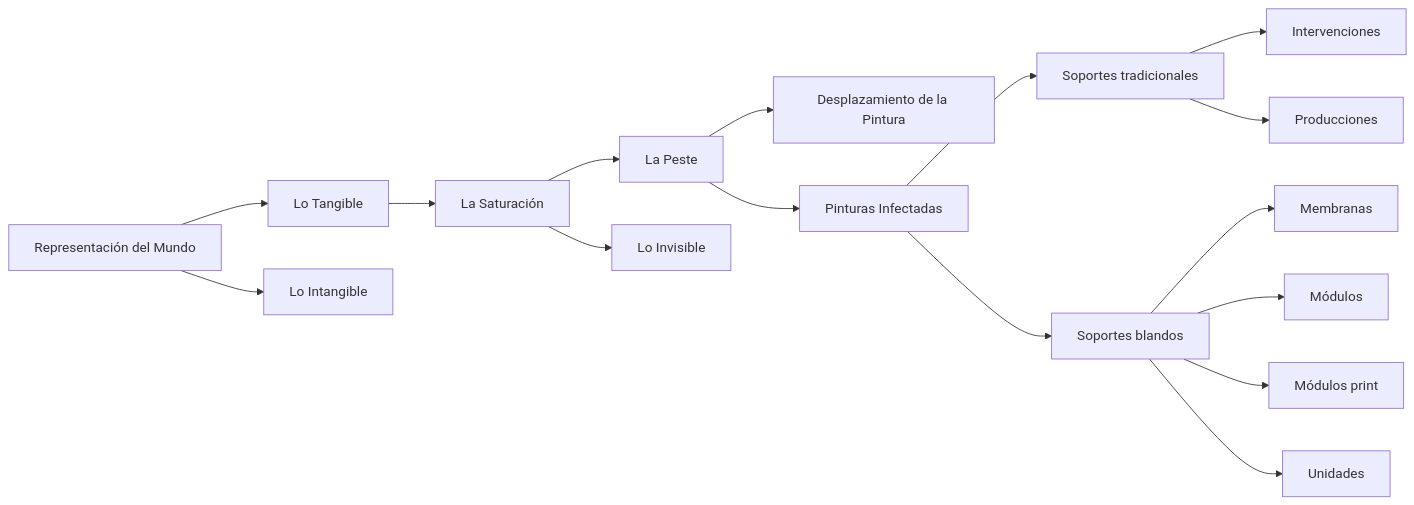
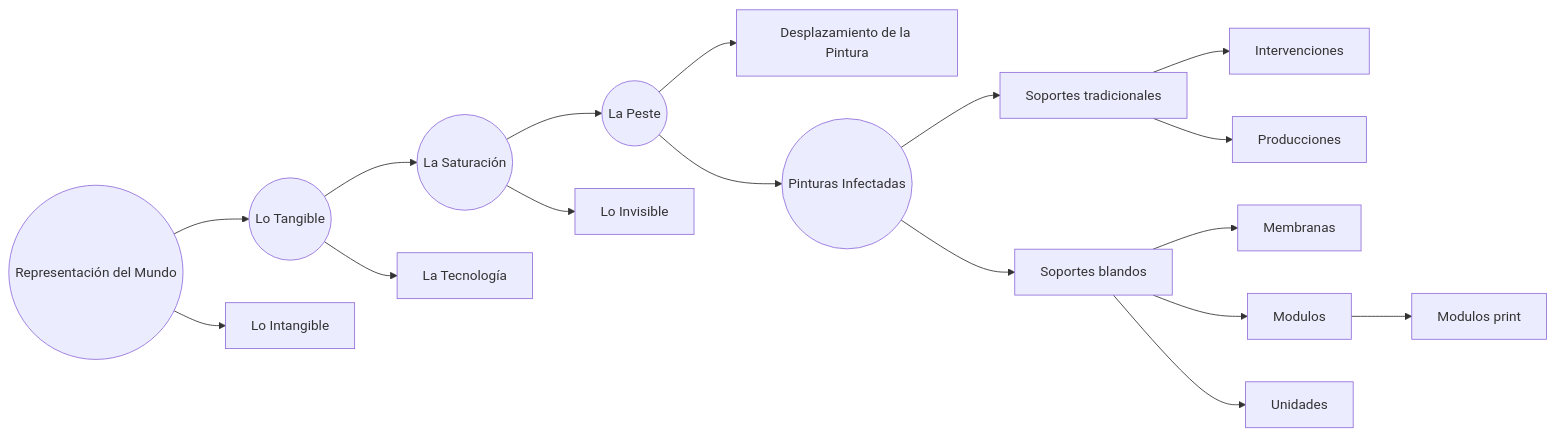
One commit to EGGS-Artesvisuales/EGGS-Artesvisuales.github.io changed the diagram in ES/peste-pinturas-infectadas.md. Above: the diagram before and after it, drawn with Mermaid. The commit also changed other lines of this file, not shown here.

```diff
--- a/ES/peste-pinturas-infectadas.md
+++ b/ES/peste-pinturas-infectadas.md
@@ -37,52 +38,69 @@
 <div class="mermaid">
-graph LR
-  %% Eje general (mínimo necesario)
-  Z[Representación del Mundo] --> Y[Lo Tangible]
-  Z --> Z2[Lo Intangible]
+flowchart LR
+  RM((Representación del Mundo))
+  LT((Lo Tangible))
+  Z2[Lo Intangible]
 
-  %% Camino de la rama (hasta La Peste)
-  Y --> A[La Saturación]
-  A --> B[La Peste]
+  LS((La Saturación))
+  LTec[La Tecnología]
+  LP((La Peste))
+  LI[Lo Invisible]
+  DP[Desplazamiento de la Pintura]
 
-  %% Hermanas en el camino (solo nombradas)
-  A --> X[Lo Invisible]
-  B --> F[Desplazamiento de la Pintura]
+  PI((Pinturas Infectadas))
+  ST[Soportes tradicionales]
+  SB[Soportes blandos]
 
-  %% Rama desarrollada: Pinturas Infectadas
-  B --> C[Pinturas Infectadas]
+  INT[Intervenciones]
+  PROD[Producciones]
 
-  C --> D[Soportes tradicionales]
-  C --> E[Soportes blandos]
+  MEM[Membranas]
+  MOD[Modulos]
+  MODP[Modulos print]
+  UNI[Unidades]
 
-  D --> D1[Intervenciones]
-  D --> D2[Producciones]
+  RM --> LT
+  RM --> Z2
 
-  E --> E1[Membranas]
-  E --> E2[Módulos]
-  E --> E2a[Módulos print]
-  E --> E3[Unidades]
+  LT --> LS
+  LT --> LTec
 
-  %% Enlaces clicables (estructura general)
-  click Z "/ES/mundo-exterior.html" "Ver Representación del Mundo"
-  click Y "/ES/tangible.html" "Ver Lo Tangible"
+  LS --> LP
+  LS --> LI
+
+  LP --> DP
+  LP --> PI
+
+  PI --> ST
+  PI --> SB
+
+  ST --> INT
+  ST --> PROD
+
+  SB --> MEM
+  SB --> MOD
+  MOD --> MODP
+  SB --> UNI
+
+  click RM "/ES/mundo-exterior.html" "Ver Representación del Mundo"
+  click LT "/ES/tangible.html" "Ver Lo Tangible"
   click Z2 "/ES/intangible.html" "Ver Lo Intangible"
 
-  click A "/ES/saturacion.html" "Ver La Saturación"
-  click B "/ES/la-peste.html" "Ver La Peste"
-  click X "/ES/lo-invisible.html" "Ver Lo Invisible"
-  click F "/ES/desplazamiento-pintura.html" "Ver Desplazamiento de la Pintura"
+  click LS "/ES/saturacion.html" "Ver La Saturación"
+  click LTec "/ES/en-construccion.html" "Ver La Tecnología"
+  click LP "/ES/la-peste.html" "Ver La Peste"
+  click LI "/ES/lo-invisible.html" "Ver Lo Invisible"
+  click DP "/ES/desplazamiento-pintura.html" "Ver Desplazamiento de la Pintura"
 
-  %% Enlace principal
-  click C "/ES/peste-pinturas-infectadas.html" "Ver Pinturas Infectadas"
+  click PI "/ES/peste-pinturas-infectadas.html" "Ver Pinturas Infectadas"
 
-  %% Enlaces internos (IDs operativos)
-  click D "#soportes-tradicionales" "Ir a Soportes tradicionales"
-  click D1 "#intervenciones" "Ir a Intervenciones"
-  click D2 "#producciones" "Ir a Producciones"
+  click ST "#soportes-tradicionales" "Ir a Soportes tradicionales"
+  click INT "#intervenciones" "Ir a Intervenciones"
+  click PROD "#producciones" "Ir a Producciones"
 
-  click E "#soportes-blandos" "Ir a Soportes blandos"
-  click E1 "#membranas" "Ir a Membranas"
-  click E2 "#modulos" "Ir a Módulos"
-  click E2a "#modulos-prints" "Ir a Módulos print"
-  click E3 "#unidades" "Ir a Unidades"
+  click SB "#soportes-blandos" "Ir a Soportes blandos"
+  click MEM "#membranas" "Ir a Membranas"
+  click MOD "#modulos" "Ir a Modulos"
+  click MODP "#modulos-prints" "Ir a Modulos print"
+  click UNI "#unidades" "Ir a Unidades"
 </div>
```
